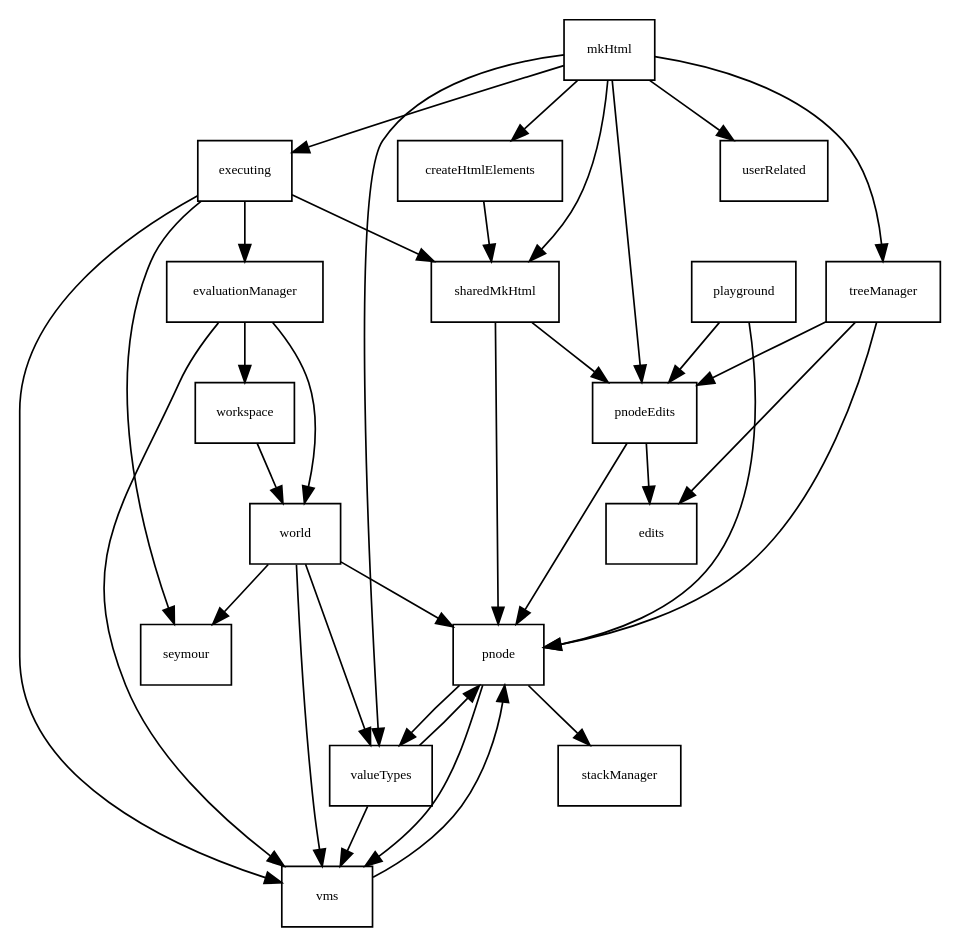
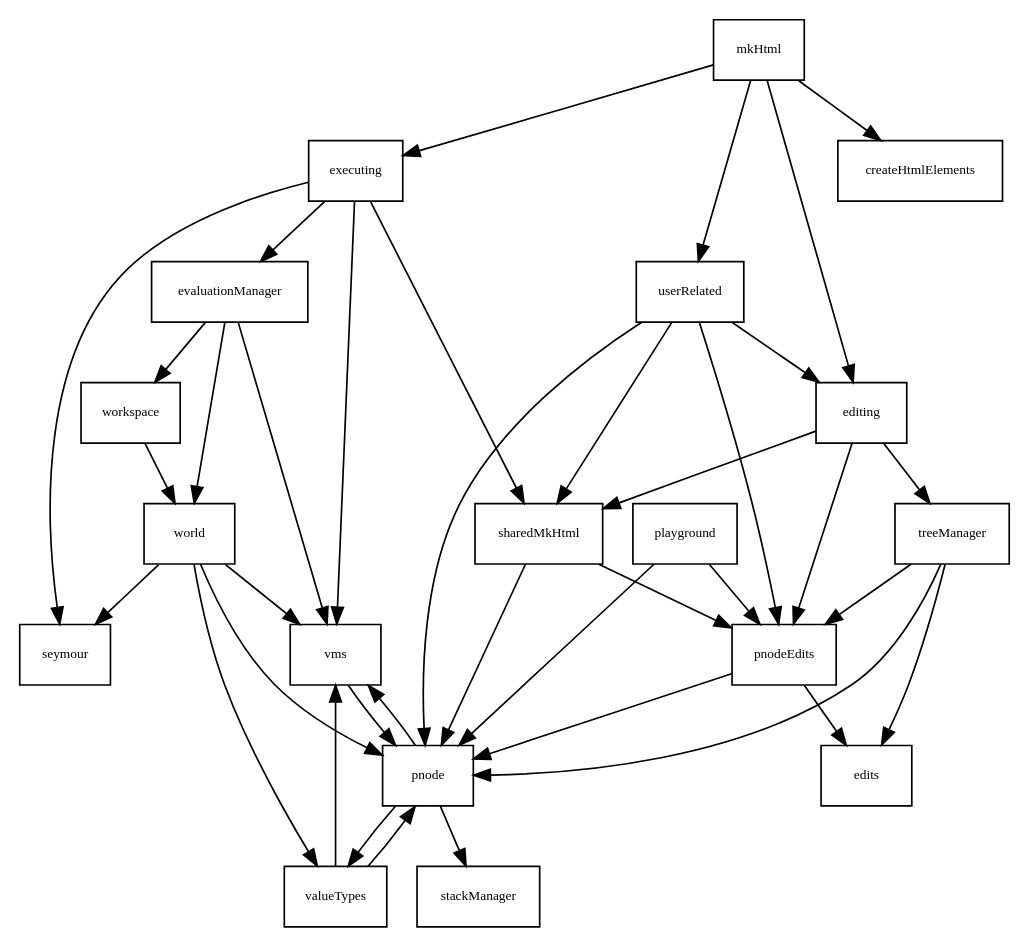
The diagram in typescriptSrc/dependence.gv (theodore-norvell/PLAAY), drawn with Graphviz before and after one commit. The commit also changed 12 other files, not shown here.

```diff
--- a/typescriptSrc/dependence.gv
+++ b/typescriptSrc/dependence.gv
@@ -1,78 +1,80 @@
 digraph Depends {
 
    gsize="8,6"; ratio=fill;
    node[fontsize=8, shape=rectangle];
 
    //edits -> assert ;
    //edits -> collections ;
 
-   createHtmlElements -> sharedMkHtml ;
-
    evaluationManager -> vms ;
    evaluationManager -> workspace ;
    evaluationManager -> world ;
+
+   editing -> sharedMkHtml ;
+   editing -> pnodeEdits ;
+   editing -> treeManager ;
 
    executing -> sharedMkHtml ;
    executing -> evaluationManager ;
    executing -> seymour ;
    executing -> vms ;
 
 
-   //mkHtml -> assert ;
-   //mkHtml -> collections ;
    mkHtml -> createHtmlElements ;
    mkHtml -> executing ;
-   mkHtml -> pnodeEdits ;
-   mkHtml -> sharedMkHtml ;
-   mkHtml -> treeManager ;
+   mkHtml -> editing ;
    mkHtml -> userRelated ;
-   mkHtml -> valueTypes ;
 
    //pageManipulation -> assert ;
    //pageManipulation -> collections ;
 
    //playground -> assert ;
    //playground -> collections ;
    playground -> pnode ;
    playground -> pnodeEdits ;
 
    //pnode -> assert ;
    //pnode -> collections ;
    pnode -> stackManager ;
    pnode -> valueTypes ;
    pnode -> vms ;
 
    //pnodeEdits -> assert ;
    //pnodeEdits -> collections ;
    pnodeEdits -> edits ;
    pnodeEdits -> pnode ;
 
    sharedMkHtml -> pnode ;
    sharedMkHtml -> pnodeEdits ;
 
    //treeManager -> asssert ;
    //treeManager -> collections ;
    treeManager -> edits ;
    treeManager -> pnode ;
    treeManager -> pnodeEdits ;
 
+   userRelated -> editing ;
+   userRelated -> pnodeEdits ;
+   userRelated -> pnode ;
+   userRelated -> sharedMkHtml ;
+   
    //turtleTest -> seymour ;
 
    //valueTypes -> assert ;
    //valueTypes -> collections ;
    valueTypes -> pnode ;
    valueTypes -> vms ;
 
    //vms -> assert ;
    //vms -> collections ;
    vms -> pnode ;
 
    workspace -> world ;
 
    //world -> assert ;
    //world -> collections ;
    world -> pnode ;
    world -> seymour ;
    world -> valueTypes ;
    world -> vms ;
 }
```
